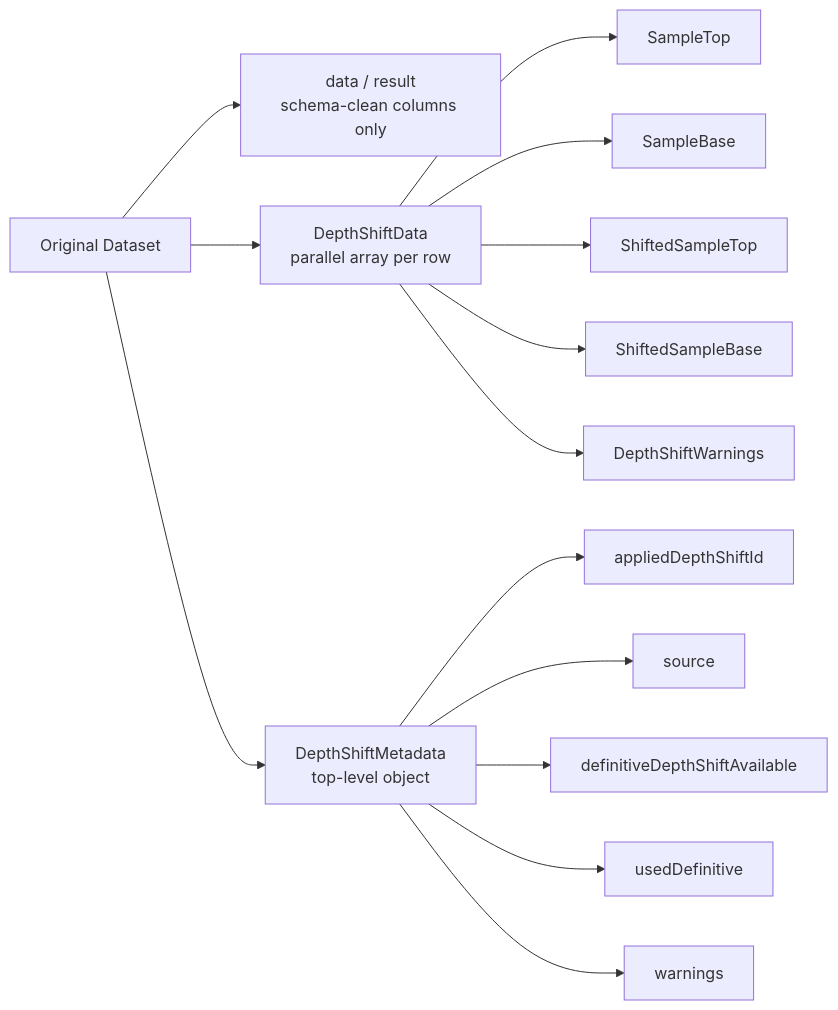
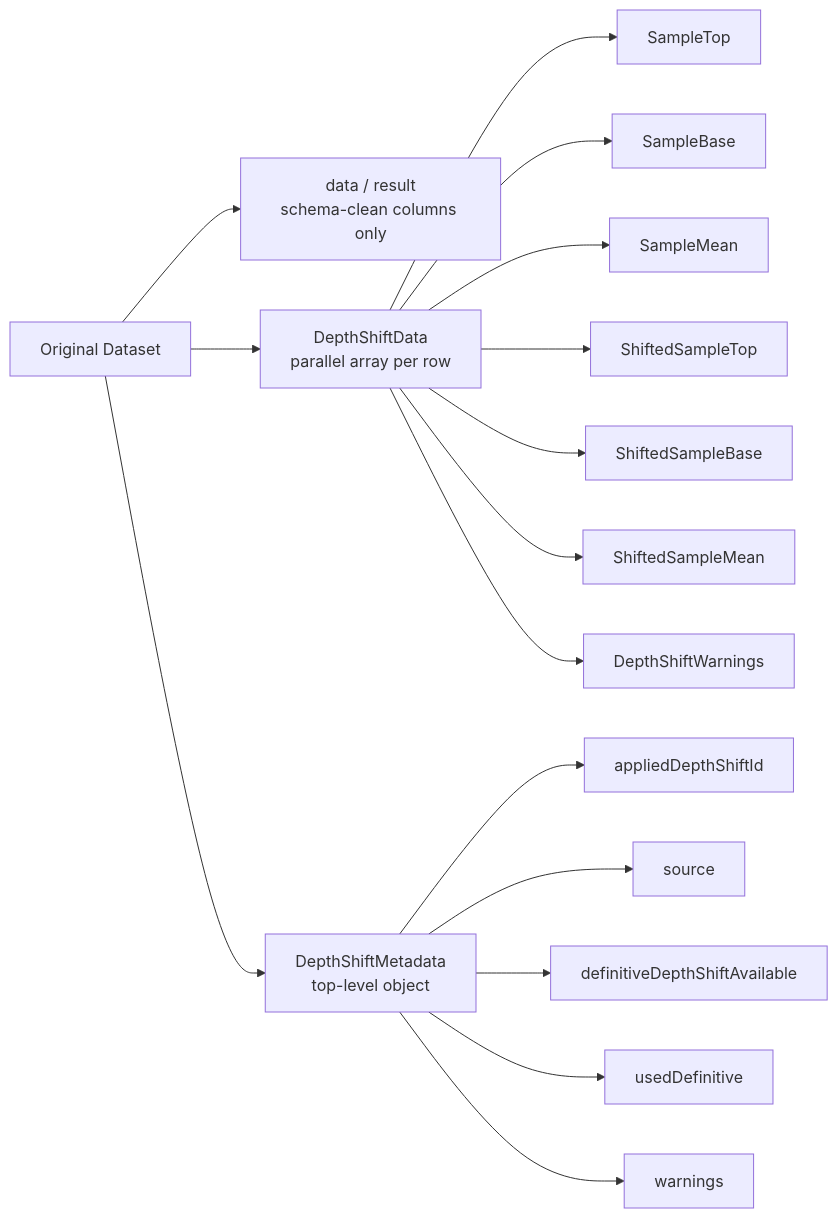
One commit to KiranBedre/osdu-spi-rafs-ddms changed the third of 3 diagrams in docs/depth-shift/depth_shift_get_search_functionality.md. Above: the diagram before and after it, drawn with Mermaid. The commit also changed other lines of this file and 10 other files, not shown here.

Commit message:
FIX: Issue-752 depth-shift QA — SampleBase and SampleMean anchor support

````diff
--- a/docs/depth-shift/depth_shift_get_search_functionality.md
+++ b/docs/depth-shift/depth_shift_get_search_functionality.md
@@ -192,18 +192,20 @@
 ```mermaid
 flowchart LR
     A[Original Dataset] --> B[data / result\nschema-clean columns only]
     A --> C[DepthShiftData\nparallel array per row]
     A --> D[DepthShiftMetadata\ntop-level object]
 
     C --> E[SampleTop]
     C --> F[SampleBase]
+    C --> F2[SampleMean]
     C --> G[ShiftedSampleTop]
     C --> H[ShiftedSampleBase]
+    C --> H2[ShiftedSampleMean]
     C --> I[DepthShiftWarnings]
 
     D --> J[appliedDepthShiftId]
     D --> K[source]
     D --> L[definitiveDepthShiftAvailable]
     D --> M[usedDefinitive]
     D --> N[warnings]
 ```
````
